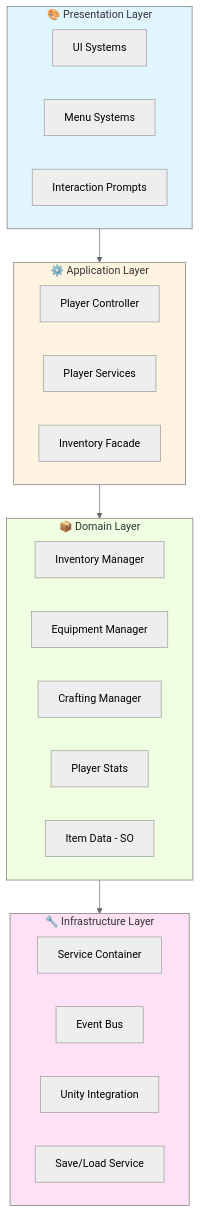
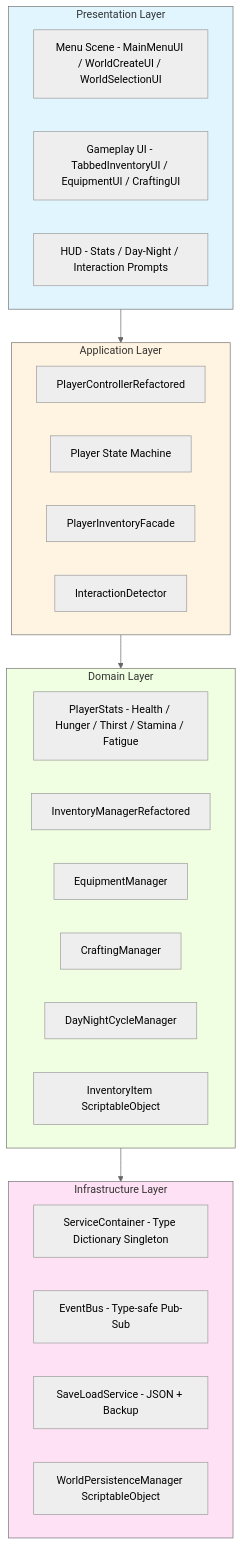
One commit to DontBeknown/so-PEAK changed the first of 20 diagrams in CODEBASE_MERMAID_DIAGRAMS.md. Above: the diagram before and after it, drawn with Mermaid (neutral theme). The commit also changed other lines of this file and 49 other files, not shown here.

````diff
--- a/CODEBASE_MERMAID_DIAGRAMS.md
+++ b/CODEBASE_MERMAID_DIAGRAMS.md
@@ -23,38 +24,40 @@
 ```mermaid
 graph TB
-    subgraph Presentation["🎨 Presentation Layer"]
-        UI[UI Systems]
-        Menu[Menu Systems]
-        Prompts[Interaction Prompts]
+    subgraph Presentation["Presentation Layer"]
+        Menu[Menu Scene - MainMenuUI / WorldCreateUI / WorldSelectionUI]
+        UI[Gameplay UI - TabbedInventoryUI / EquipmentUI / CraftingUI]
+        HUD[HUD - Stats / Day-Night / Interaction Prompts]
     end
-    
-    subgraph Application["⚙️ Application Layer"]
-        Player[Player Controller]
-        Services[Player Services]
-        Facades[Inventory Facade]
+
+    subgraph Application["Application Layer"]
+        Controller[PlayerControllerRefactored]
+        StateMachine[Player State Machine]
+        InvFacade[PlayerInventoryFacade]
+        InteractionDetector[InteractionDetector]
     end
-    
-    subgraph Domain["📦 Domain Layer"]
-        Inventory[Inventory Manager]
-        Equipment[Equipment Manager]
-        Crafting[Crafting Manager]
-        Stats[Player Stats]
-        Items[Item Data - SO]
+
+    subgraph Domain["Domain Layer"]
+        PlayerStats[PlayerStats - Health / Hunger / Thirst / Stamina / Fatigue]
+        InventoryMgr[InventoryManagerRefactored]
+        EquipmentMgr[EquipmentManager]
+        CraftingMgr[CraftingManager]
+        DayNight[DayNightCycleManager]
+        Items[InventoryItem ScriptableObject]
     end
-    
-    subgraph Infrastructure["🔧 Infrastructure Layer"]
-        DI[Service Container]
-        Events[Event Bus]
-        Unity[Unity Integration]
-        SaveSystem[Save/Load Service]
+
+    subgraph Infrastructure["Infrastructure Layer"]
+        DI[ServiceContainer - Type Dictionary Singleton]
+        EventBus[EventBus - Type-safe Pub-Sub]
+        SaveLoad[SaveLoadService - JSON + Backup]
+        WorldPersist[WorldPersistenceManager ScriptableObject]
     end
-    
+
     Presentation --> Application
     Application --> Domain
     Domain --> Infrastructure
-    
+
     style Presentation fill:#e1f5ff
     style Application fill:#fff4e1
     style Domain fill:#f0ffe1
     style Infrastructure fill:#ffe1f5
 ```
````
